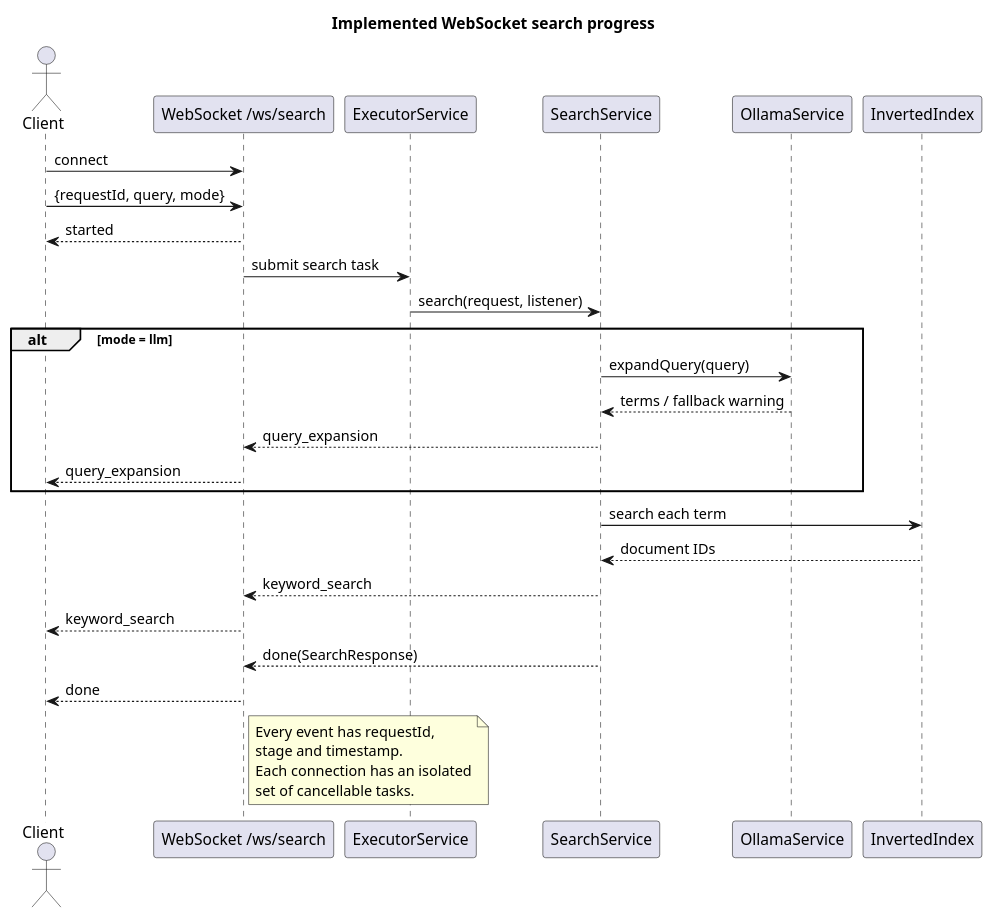
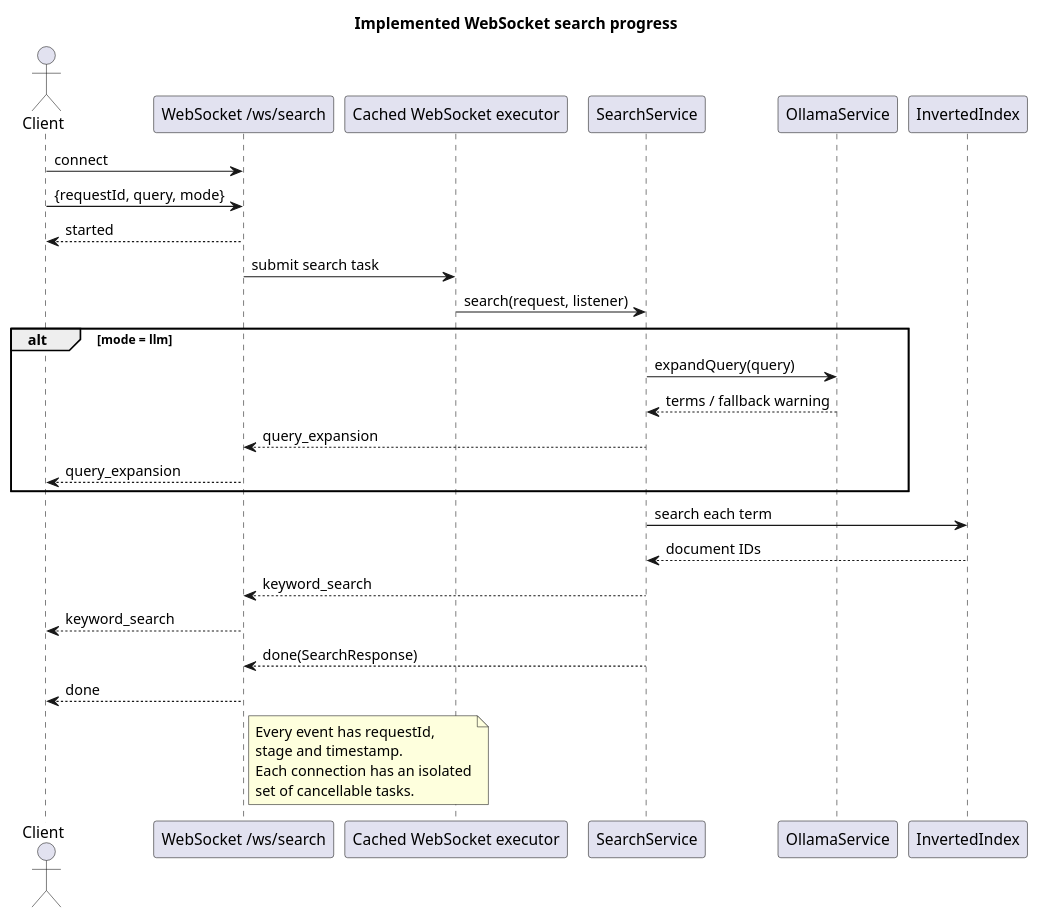
The diagram in diagrams/sequence_webSocket_Search_progress_implemented.puml (bebroidrur/Coursework_Parallel_Computing), drawn with PlantUML before and after one commit. The commit also changed 47 other files, not shown here.

```diff
--- a/diagrams/sequence_webSocket_Search_progress_implemented.puml
+++ b/diagrams/sequence_webSocket_Search_progress_implemented.puml
@@ -1,33 +1,33 @@
 @startuml
 title Implemented WebSocket search progress
 actor Client
 participant "WebSocket /ws/search" as WS
-participant "ExecutorService" as Pool
+participant "Cached WebSocket executor" as Pool
 participant SearchService as Search
 participant OllamaService as Ollama
 participant InvertedIndex as Index
 
 Client -> WS: connect
 Client -> WS: {requestId, query, mode}
 WS --> Client: started
 WS -> Pool: submit search task
 Pool -> Search: search(request, listener)
 alt mode = llm
  Search -> Ollama: expandQuery(query)
  Ollama --> Search: terms / fallback warning
  Search --> WS: query_expansion
  WS --> Client: query_expansion
 end
 Search -> Index: search each term
 Index --> Search: document IDs
 Search --> WS: keyword_search
 WS --> Client: keyword_search
 Search --> WS: done(SearchResponse)
 WS --> Client: done
 note right of WS
 Every event has requestId,
 stage and timestamp.
 Each connection has an isolated
 set of cancellable tasks.
 end note
 @enduml
```
